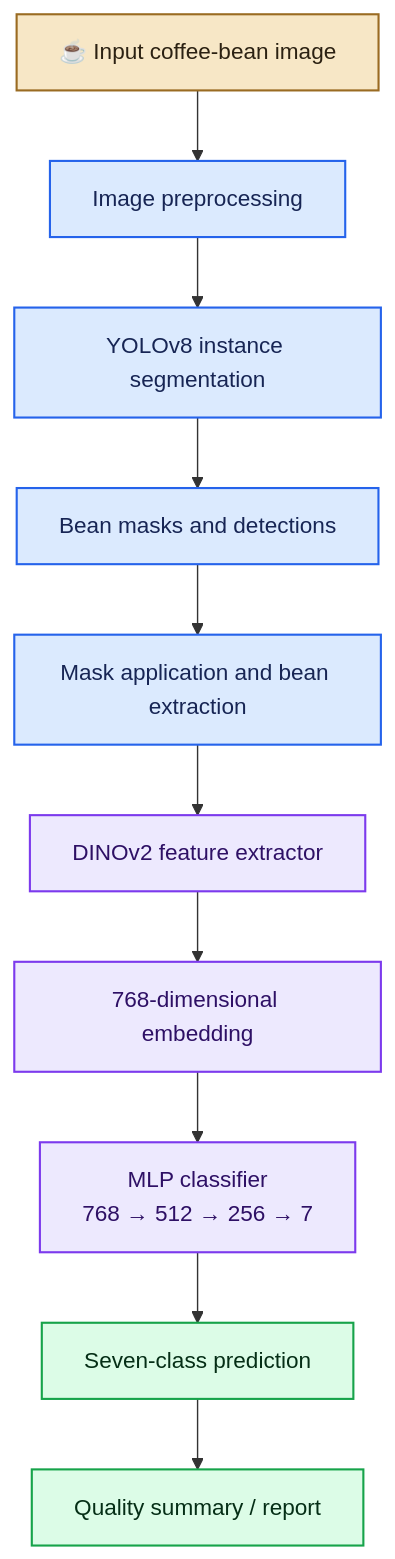
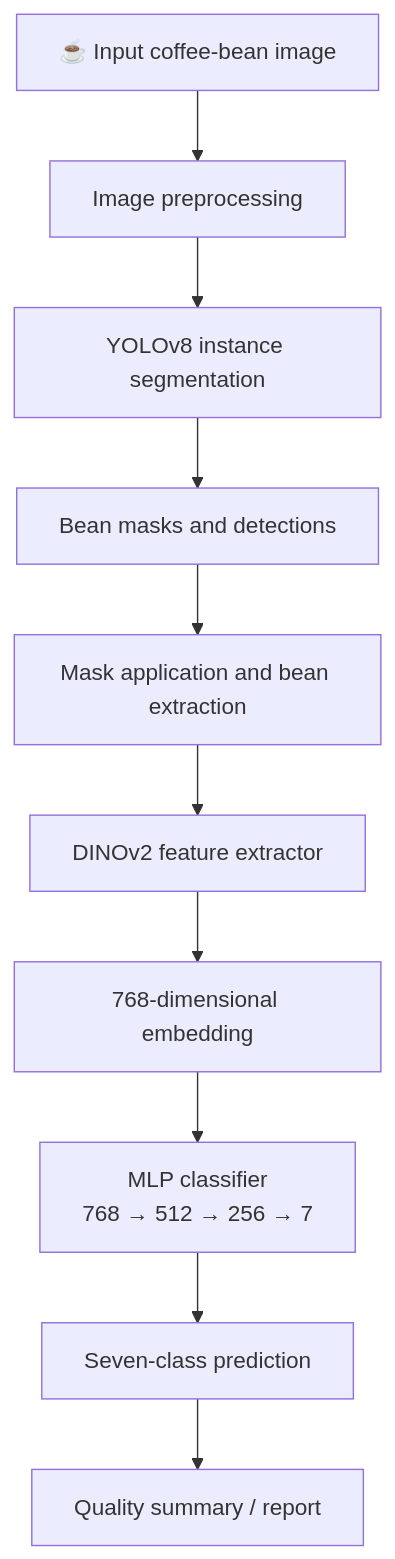
Before and after one commit to Nikhil-cloudexpert/BeanVision_AI: the first of 3 diagrams in README.md, drawn with Mermaid. The commit also changed other lines of this file, not shown here.

Commit message:
Improve README with model results and confusion matrices

````diff
--- a/README.md
+++ b/README.md
@@ -60,21 +63,12 @@
 ```mermaid
 flowchart TD
     A["☕ Input coffee-bean image"] --> B["Image preprocessing"]
     B --> C["YOLOv8 instance segmentation"]
     C --> D["Bean masks and detections"]
     D --> E["Mask application and bean extraction"]
     E --> F["DINOv2 feature extractor"]
     F --> G["768-dimensional embedding"]
     G --> H["MLP classifier<br/>768 → 512 → 256 → 7"]
     H --> I["Seven-class prediction"]
     I --> J["Quality summary / report"]
-
-    classDef input fill:#f7e7c6,stroke:#9a6b22,color:#2b2112,stroke-width:1.5px;
-    classDef vision fill:#dbeafe,stroke:#2563eb,color:#172554,stroke-width:1.5px;
-    classDef model fill:#ede9fe,stroke:#7c3aed,color:#2e1065,stroke-width:1.5px;
-    classDef output fill:#dcfce7,stroke:#16a34a,color:#052e16,stroke-width:1.5px;
-    class A input;
-    class B,C,D,E vision;
-    class F,G,H model;
-    class I,J output;
 ```
````
